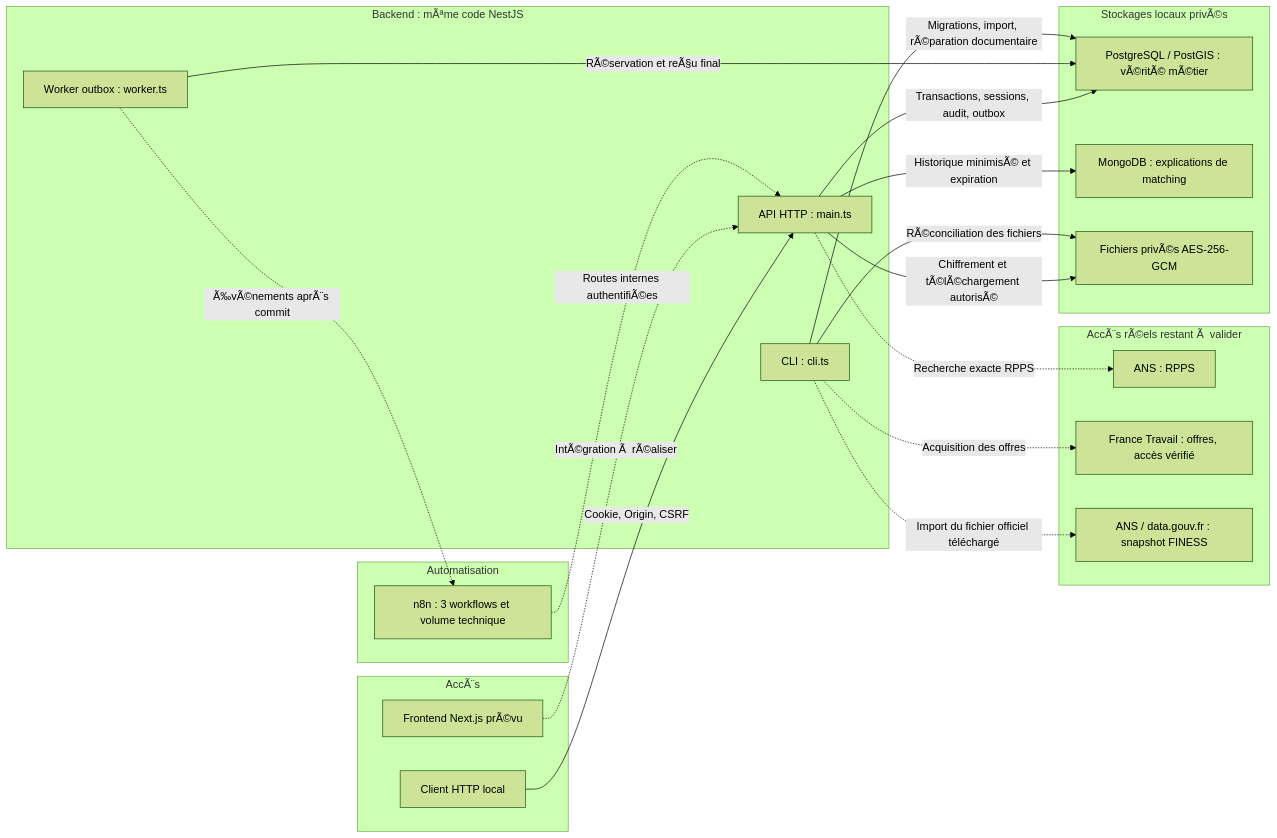
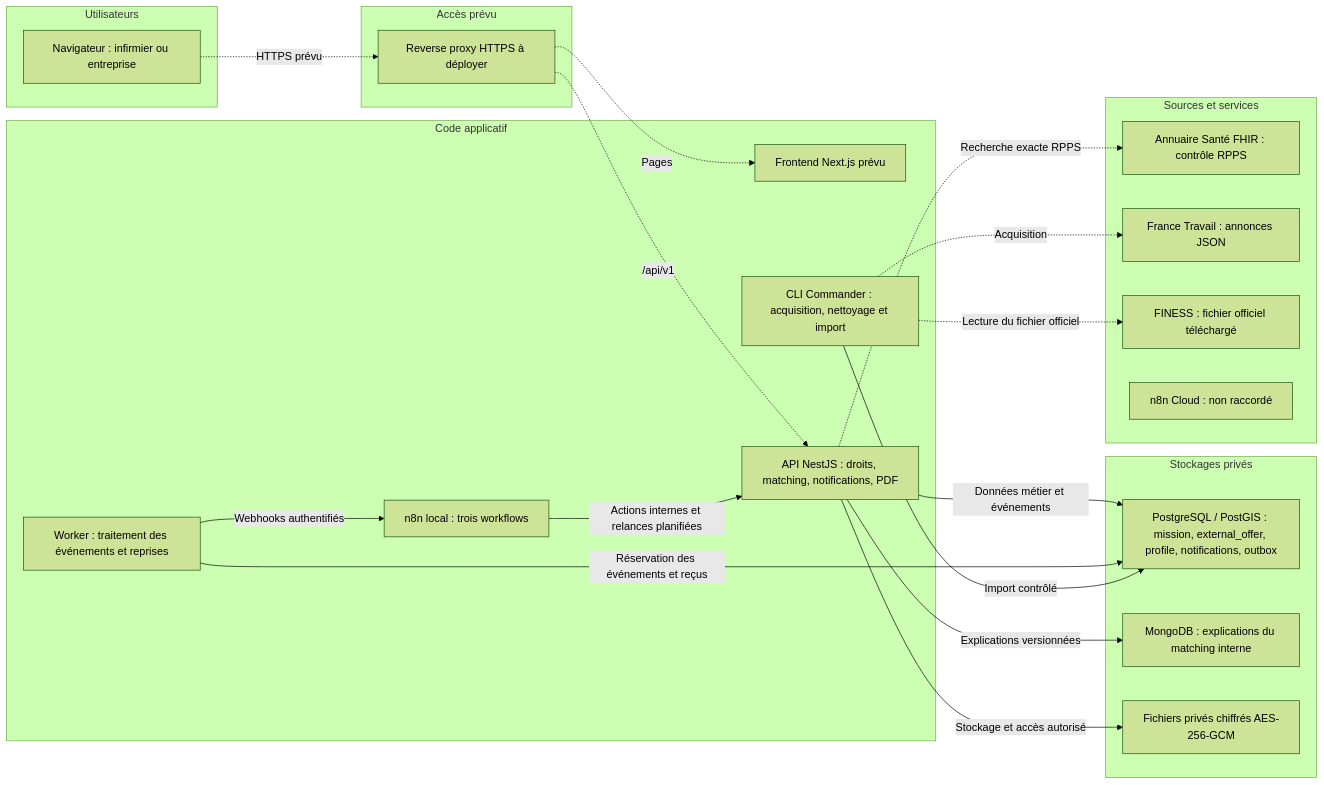
One commit to lebretyves/Backend_Interimatch changed the diagram in docs/architecture-v1.mmd. Above: the diagram before and after it, drawn with Mermaid (forest theme). The commit also changed 6 other files, not shown here.

Commit message:
Refresh architecture diagram with current matching and integrations

```diff
--- a/docs/architecture-v1.mmd
+++ b/docs/architecture-v1.mmd
@@ -1,36 +1,38 @@
 flowchart LR
-    subgraph client["AccÃ¨s"]
-        caller["Client HTTP local"]
-        front["Frontend Next.js prÃ©vu"]
+    subgraph client["Utilisateurs"]
+        browser["Navigateur : infirmier ou entreprise"]
     end
-    subgraph service["Backend : mÃªme code NestJS"]
-        api["API HTTP : main.ts"]
-        worker["Worker outbox : worker.ts"]
-        cli["CLI : cli.ts"]
+    subgraph gateway["Accès prévu"]
+        proxy["Reverse proxy HTTPS à déployer"]
     end
-    subgraph datastore["Stockages locaux privÃ©s"]
-        sql["PostgreSQL / PostGIS : vÃ©ritÃ© mÃ©tier"]
-        mongo["MongoDB : explications de matching"]
-        files["Fichiers privÃ©s AES-256-GCM"]
+    subgraph service["Code applicatif"]
+        front["Frontend Next.js prévu"]
+        api["API NestJS : droits, matching, notifications, PDF"]
+        worker["Worker : traitement des événements et reprises"]
+        cli["CLI Commander : acquisition, nettoyage et import"]
+        automation["n8n local : trois workflows"]
     end
-    subgraph async["Automatisation"]
-        n8n["n8n : 3 workflows et volume technique"]
+    subgraph datastore["Stockages privés"]
+        sql["PostgreSQL / PostGIS : mission, external_offer, profile, notifications, outbox"]
+        mongo["MongoDB : explications du matching interne"]
+        files["Fichiers privés chiffrés AES-256-GCM"]
     end
-    subgraph external["AccÃ¨s rÃ©els restant Ã  valider"]
-        ans["ANS : RPPS"]
-        ft["France Travail : offres, accès vérifié"]
-        finess["ANS / data.gouv.fr : snapshot FINESS"]
+    subgraph external["Sources et services"]
+        ans["Annuaire Santé FHIR : contrôle RPPS"]
+        ft["France Travail : annonces JSON"]
+        finess["FINESS : fichier officiel téléchargé"]
+        cloud["n8n Cloud : non raccordé"]
     end
-    caller -->|"Cookie, Origin, CSRF"| api
-    front -.->|"IntÃ©gration Ã  rÃ©aliser"| api
-    api -->|"Transactions, sessions, audit, outbox"| sql
-    api -->|"Historique minimisÃ© et expiration"| mongo
-    api -->|"Chiffrement et tÃ©lÃ©chargement autorisÃ©"| files
-    worker -->|"RÃ©servation et reÃ§u final"| sql
-    cli -->|"Migrations, import, rÃ©paration documentaire"| sql
-    cli -->|"RÃ©conciliation des fichiers"| files
-    worker -.->|"Ã‰vÃ©nements aprÃ¨s commit"| n8n
-    n8n -.->|"Routes internes authentifiÃ©es"| api
+    browser -.->|"HTTPS prévu"| proxy
+    proxy -.->|"Pages"| front
+    proxy -.->|"/api/v1"| api
+    api -->|"Données métier et événements"| sql
+    api -->|"Explications versionnées"| mongo
+    api -->|"Stockage et accès autorisé"| files
+    worker -->|"Réservation des événements et reçus"| sql
+    worker -->|"Webhooks authentifiés"| automation
+    automation -->|"Actions internes et relances planifiées"| api
     api -.->|"Recherche exacte RPPS"| ans
-    cli -.->|"Acquisition des offres"| ft
-    cli -.->|"Import du fichier officiel téléchargé"| finess
+    cli -.->|"Acquisition"| ft
+    cli -.->|"Lecture du fichier officiel"| finess
+    cli -->|"Import contrôlé"| sql
```
